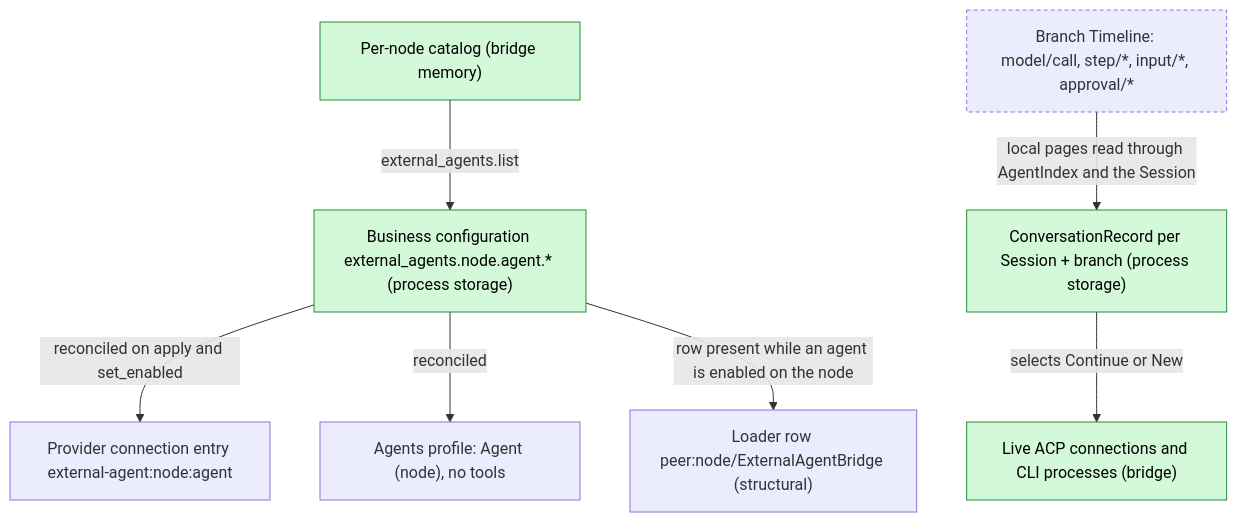
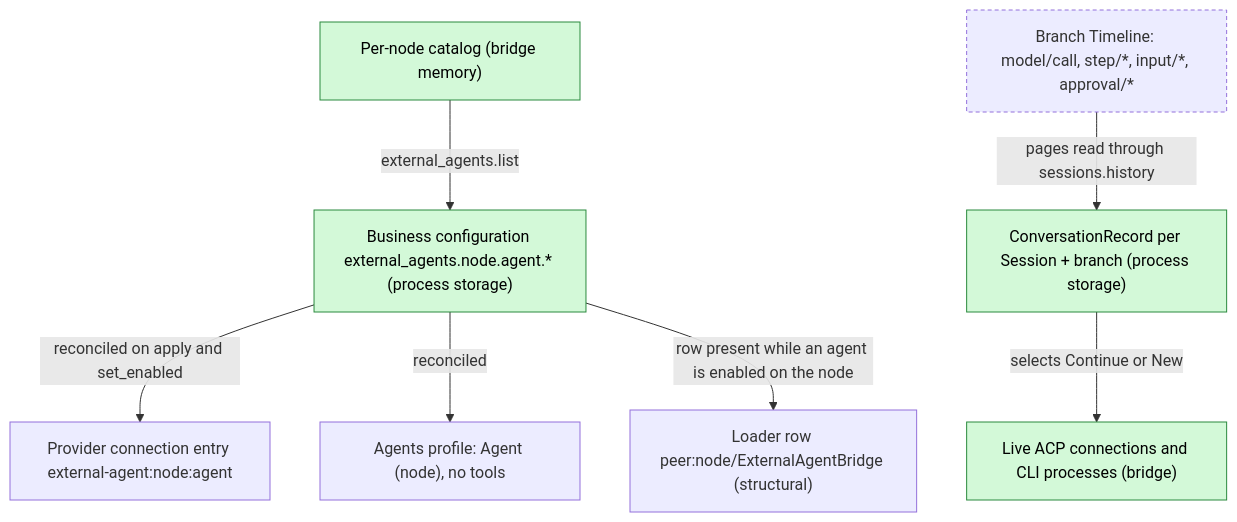
The second of 5 diagrams in docs/design/plugins/ExternalAgent.md (CoutinhoTTS/dim-agent), drawn with Mermaid before and after one commit. The commit also changed other lines of this file and 3 other files, not shown here.

````diff
--- a/docs/design/plugins/ExternalAgent.md
+++ b/docs/design/plugins/ExternalAgent.md
@@ -56,19 +55,19 @@
 ```mermaid
 flowchart TB
   classDef new fill:#d3f9d8,stroke:#2b8a3e,color:#000
   classDef contract stroke-dasharray:4 3
   Cfg["Business configuration external_agents.node.agent.* (process storage)"]:::new
   Row["Loader row peer:node/ExternalAgentBridge (structural)"]
   Conn["Provider connection entry external-agent:node:agent"]
   Prof["Agents profile: Agent (node), no tools"]
   Rec["ConversationRecord per Session + branch (process storage)"]:::new
   Cat["Per-node catalog (bridge memory)"]:::new
   Live["Live ACP connections and CLI processes (bridge)"]:::new
   TL["Branch Timeline: model/call, step/*, input/*, approval/*"]:::contract
   Cfg -->|"reconciled on apply and set_enabled"| Conn
   Cfg -->|"reconciled"| Prof
   Cfg -->|"row present while an agent is enabled on the node"| Row
-  TL -->|"local pages read through AgentIndex and the Session"| Rec
+  TL -->|"pages read through sessions.history"| Rec
   Rec -->|"selects Continue or New"| Live
   Cat -->|"external_agents.list"| Cfg
 ```
````
